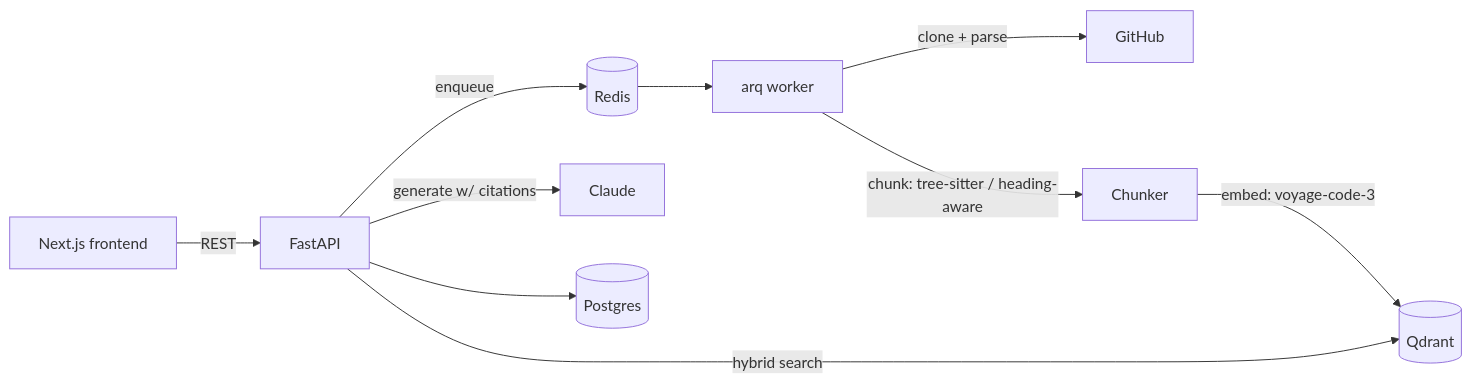
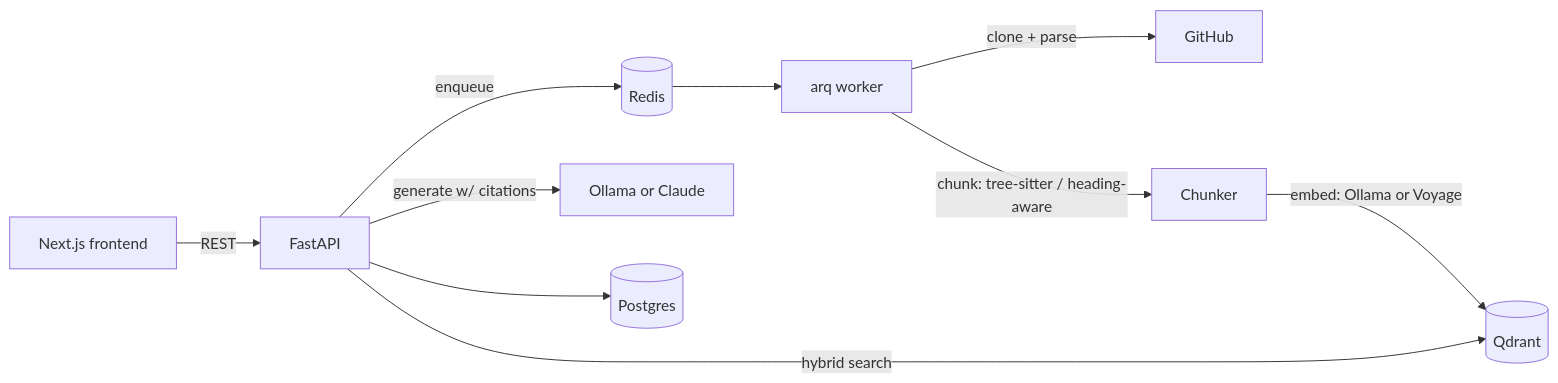
The diagram in README.md (prashantkoirala465/repolens), drawn with Mermaid before and after one commit. The commit also changed other lines of this file, not shown here.

````diff
--- a/README.md
+++ b/README.md
@@ -33,12 +34,12 @@
 ```mermaid
 flowchart LR
     UI[Next.js frontend] -->|REST| API[FastAPI]
     API -->|enqueue| Q[(Redis)]
     Q --> W[arq worker]
     W -->|clone + parse| GH[GitHub]
     W -->|chunk: tree-sitter / heading-aware| CH[Chunker]
-    CH -->|embed: voyage-code-3| VDB[(Qdrant)]
+    CH -->|embed: Ollama or Voyage| VDB[(Qdrant)]
     API -->|hybrid search| VDB
-    API -->|generate w/ citations| LLM[Claude]
+    API -->|generate w/ citations| LLM[Ollama or Claude]
     API --> PG[(Postgres)]
 ```
````
